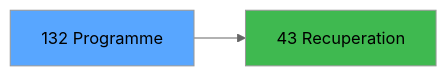
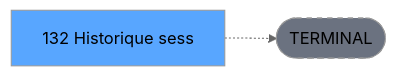
One commit to thonyAGP/lecteur-magic changed the third of 3 diagrams in .openspec/renders/ADH-IDE-132.md. Above: the diagram before and after it, drawn with Mermaid (neutral theme). The commit also changed other lines of this file and 701 other files, not shown here.

````diff
--- a/.openspec/renders/ADH-IDE-132.md
+++ b/.openspec/renders/ADH-IDE-132.md
@@ -137,8 +137,8 @@
 ```mermaid
 graph LR
-    T[132 Programme]
-    C43[43 Recuperation]
-    T --> C43
+    T[132 Historique sess]
+    TERM([TERMINAL])
+    T -.-> TERM
+    style TERM fill:#6b7280,stroke-dasharray: 5 5
     style T fill:#58a6ff,color:#000
-    style C43 fill:#3fb950
 ```
````
